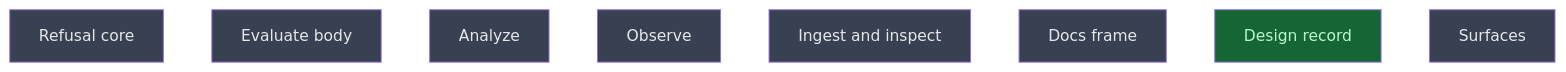
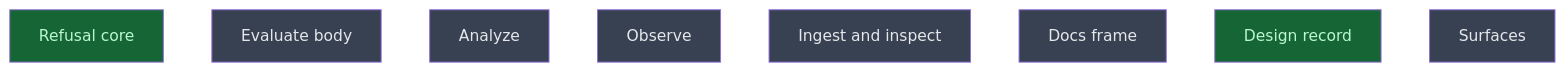
The diagram in __roadmap__/m3-lean-cli/verbs/README.md (CrackingShells/Candler), drawn with Mermaid before and after one commit. The commit also changed other lines of this file, not shown here.

Commit message:
rdm(cli): mark refusal_core done

````diff
--- a/__roadmap__/m3-lean-cli/verbs/README.md
+++ b/__roadmap__/m3-lean-cli/verbs/README.md
@@ -28,16 +28,16 @@
 ```mermaid
 graph TD
-    refusal_core[Refusal core]:::planned
+    refusal_core[Refusal core]:::done
     evaluate_body[Evaluate body]:::planned
     analyze[Analyze]:::planned
     observe[Observe]:::planned
     ingest_inspect[Ingest and inspect]:::planned
     docs_frame[Docs frame]:::planned
     design_record[Design record]:::done
     surfaces[Surfaces]:::planned
     classDef done       fill:#166534,color:#bbf7d0
     classDef inprogress fill:#854d0e,color:#fef08a
     classDef planned    fill:#374151,color:#e5e7eb
     classDef amendment  fill:#1e3a5f,color:#bfdbfe
     classDef blocked    fill:#7f1d1d,color:#fecaca
 ```
````
